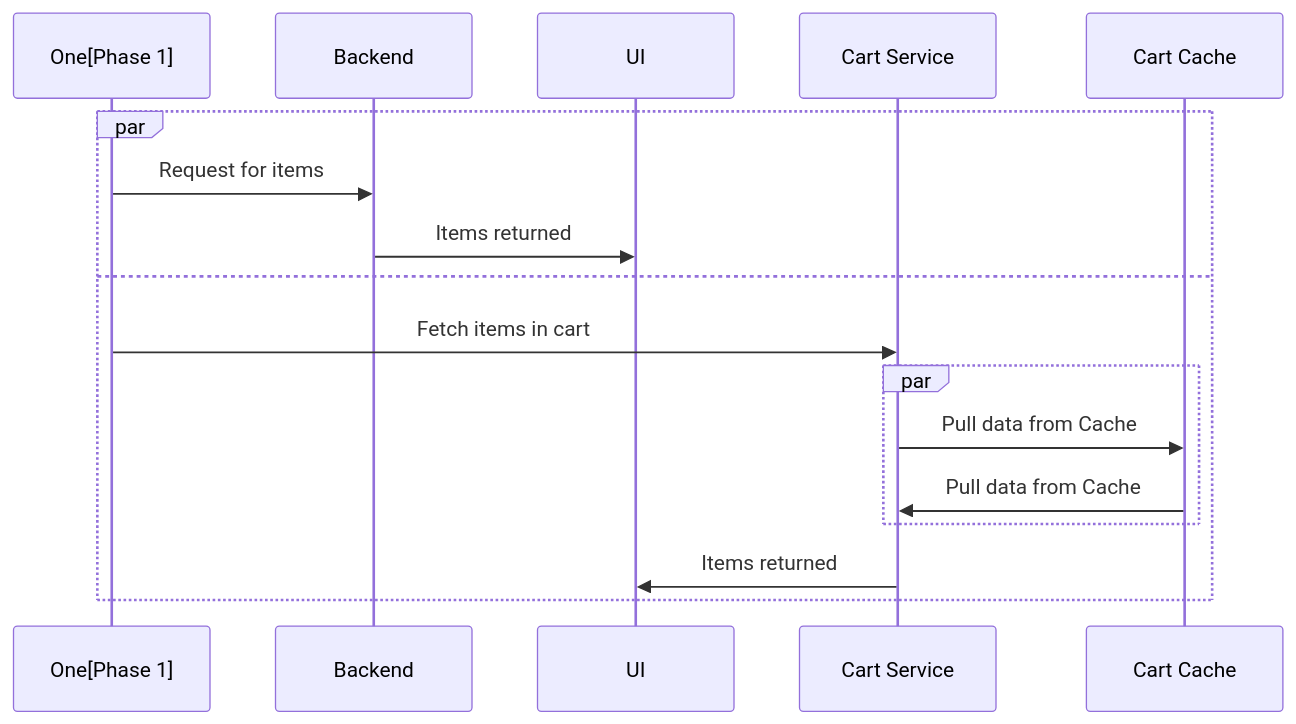
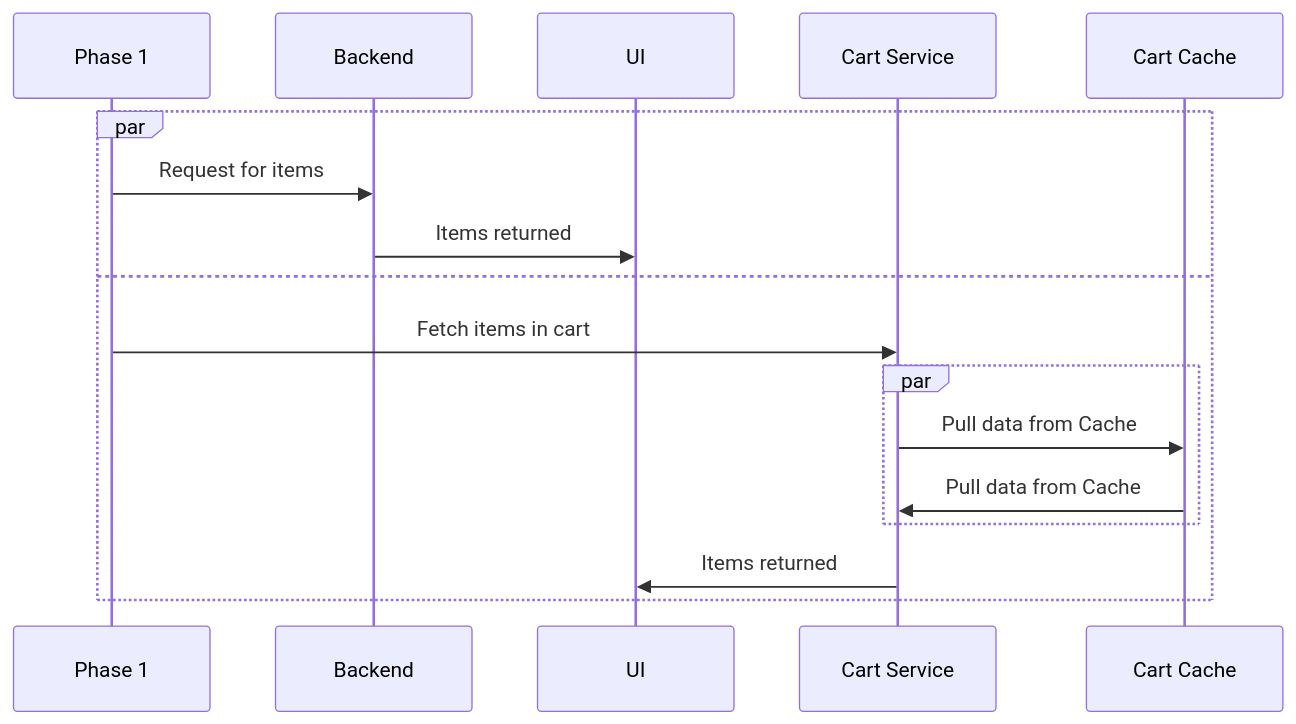
The second of 2 diagrams in blueprint.md (mgifford/mermaid-graphs), drawn with Mermaid before and after one commit.

````diff
--- a/blueprint.md
+++ b/blueprint.md
@@ -23,14 +23,14 @@
 ```mermaid
 sequenceDiagram
     par 
-        One[Phase 1]->>Backend: Request for items
+        Phase 1->>Backend: Request for items
     Backend->>UI: Items returned
     and 
-         One[Phase 1]->>Cart Service: Fetch items in cart
+         Phase 1->>Cart Service: Fetch items in cart
         par 
             Cart Service->>Cart Cache: Pull data from Cache
             Cart Cache->>Cart Service: Pull data from Cache
         end
     Cart Service->>UI: Items returned
     end
 ```
````
